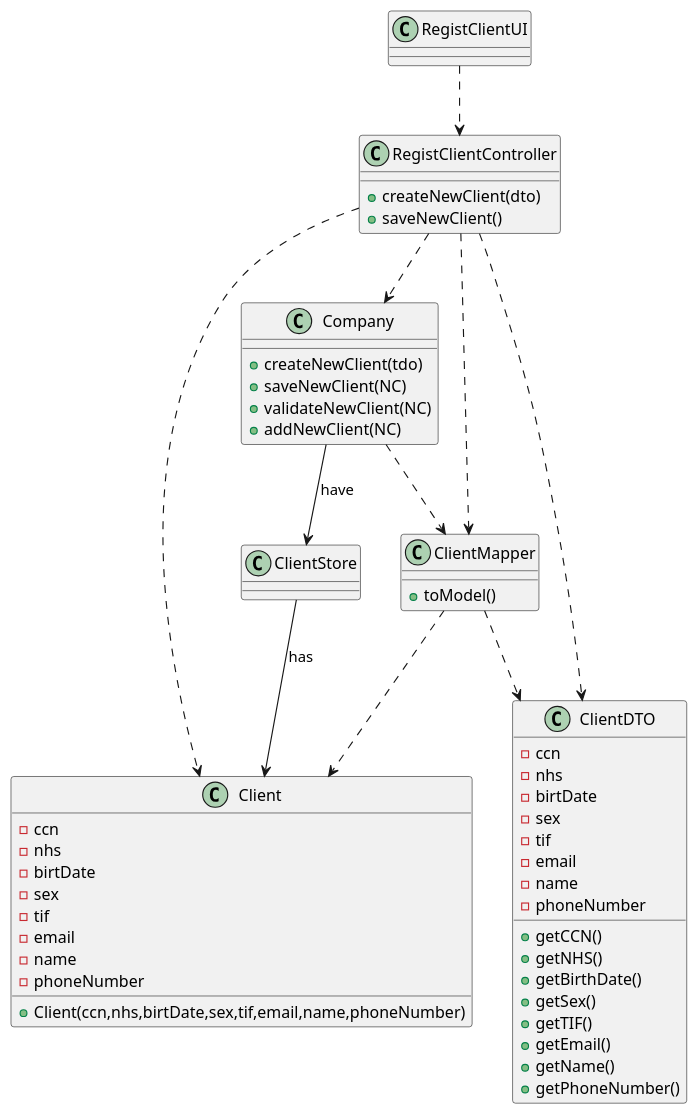
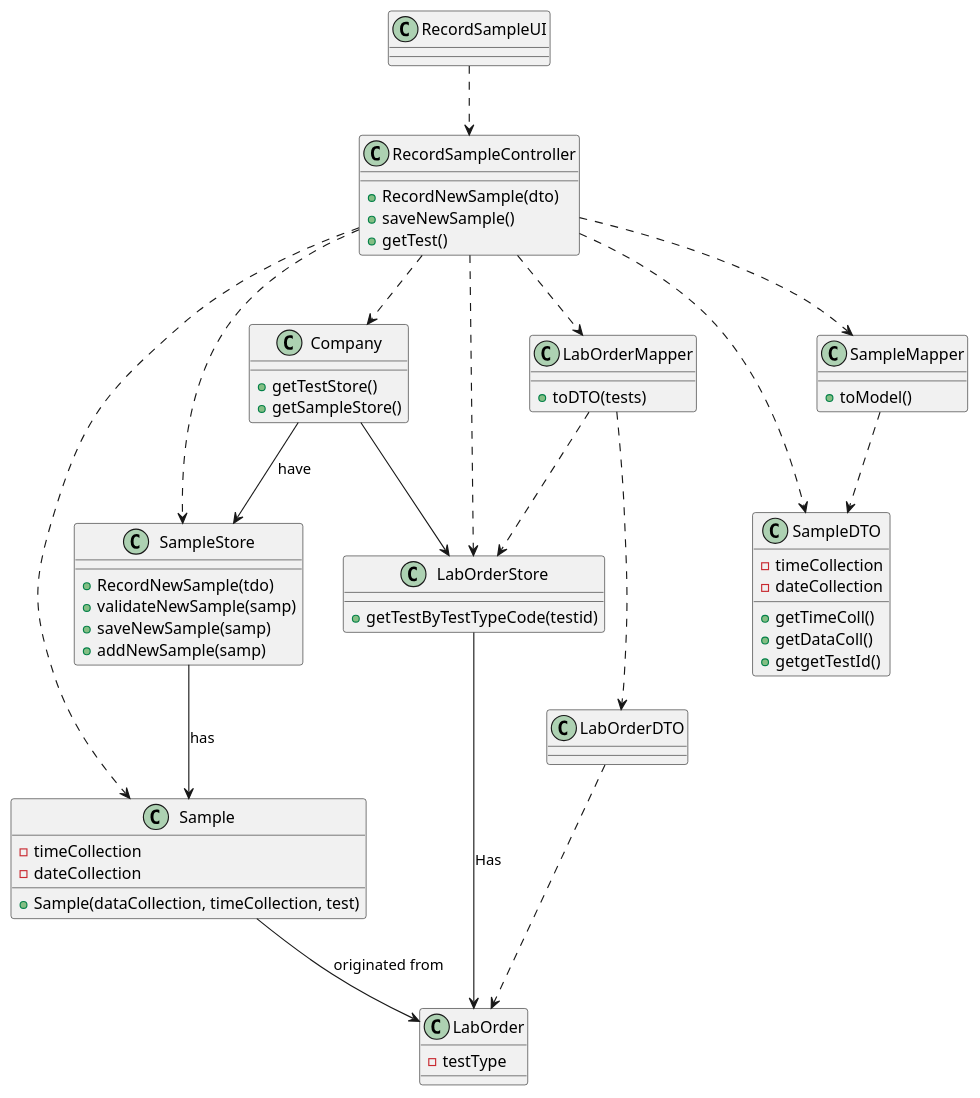
One commit to Pedromaia26/LAPR2-ISEP changed the diagram in docs/SprintC/US5_RecordTheSample/CD_US005.puml. Above: the diagram before and after it, drawn with PlantUML. The commit also changed 7 other files, not shown here.

```diff
--- a/docs/SprintC/US5_RecordTheSample/CD_US005.puml
+++ b/docs/SprintC/US5_RecordTheSample/CD_US005.puml
@@ -1,56 +1,69 @@
 @startuml
-RegistClientUI ..> RegistClientController
-RegistClientController ..>Company
-RegistClientController ..>Client
-RegistClientController ..>ClientMapper
-RegistClientController ..>ClientDTO
-
-RegistClientController : +createNewClient(dto)
-RegistClientController : +saveNewClient()
-
-Company --> ClientStore: have
-
-ClientStore --> Client: has
-
-Company ..> ClientMapper
-
-ClientMapper ..> ClientDTO
-
-ClientMapper ..> Client
-
-ClientMapper : +toModel()
-
-Company : +createNewClient(tdo)
-Company : +saveNewClient(NC)
-Company : +validateNewClient(NC)
-Company : +addNewClient(NC)
-
-ClientDTO : +getCCN()
-ClientDTO : +getNHS()
-ClientDTO : +getBirthDate()
-ClientDTO : +getSex()
-ClientDTO : +getTIF()
-ClientDTO : +getEmail()
-ClientDTO : +getName()
-ClientDTO : +getPhoneNumber()
-
-ClientDTO : -ccn
-ClientDTO : -nhs
-ClientDTO : -birtDate
-ClientDTO : -sex
-ClientDTO : -tif
-ClientDTO : -email
-ClientDTO : -name
-ClientDTO : -phoneNumber
+RecordSampleUI ..> RecordSampleController
+RecordSampleController..>Company
+RecordSampleController..>Sample
+RecordSampleController..>LabOrderMapper 
+RecordSampleController..>SampleDTO
+RecordSampleController..>SampleStore
+RecordSampleController..>SampleMapper
+RecordSampleController..>LabOrderStore
 
 
-Client : +Client(ccn,nhs,birtDate,sex,tif,email,name,phoneNumber)
-Client : -ccn
-Client : -nhs
-Client : -birtDate
-Client : -sex
-Client : -tif
-Client : -email
-Client : -name
-Client : -phoneNumber
+
+
+RecordSampleController : +RecordNewSample(dto)
+RecordSampleController : +saveNewSample()
+RecordSampleController : +getTest()
+
+
+Company --> SampleStore : have
+
+SampleStore --> Sample: has
+
+Company --> LabOrderStore
+
+LabOrderStore : +getTestByTestTypeCode(testid)
+
+LabOrderMapper ..> LabOrderDTO
+LabOrderDTO..> LabOrder
+Sample --> LabOrder: originated from
+
+
+LabOrderStore --> LabOrder : Has
+SampleMapper ..> SampleDTO
+
+
+LabOrderMapper ..> LabOrderStore
+
+
+LabOrder : -testType
+
+
+LabOrderMapper : +toDTO(tests)
+
+SampleMapper : +toModel()
+
+
+
+
+Company : +getTestStore()
+Company : +getSampleStore()
+
+SampleStore : +RecordNewSample(tdo)
+SampleStore : +validateNewSample(samp)
+SampleStore : +saveNewSample(samp)
+SampleStore : +addNewSample(samp)
+
+SampleDTO : +getTimeColl()
+SampleDTO : +getDataColl()
+SampleDTO : +getgetTestId()
+
+
+SampleDTO : -timeCollection
+SampleDTO : -dateCollection
+
+
+Sample : +Sample(dataCollection, timeCollection, test)
+Sample : -timeCollection
+Sample : -dateCollection
 @enduml
```
